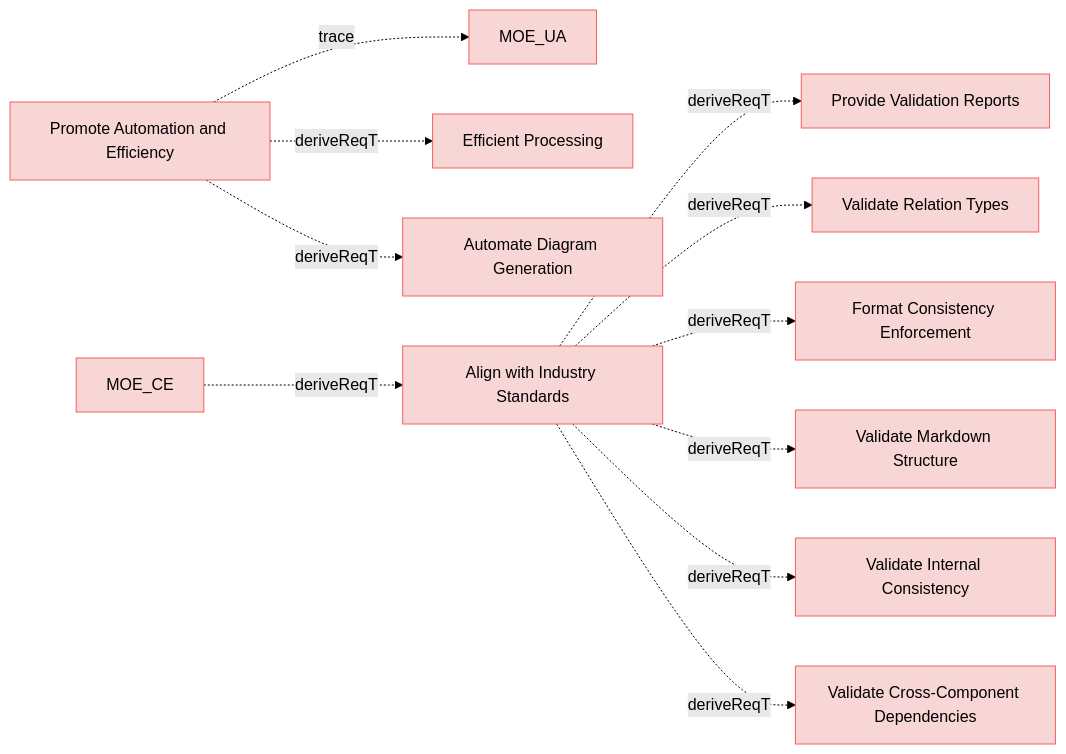
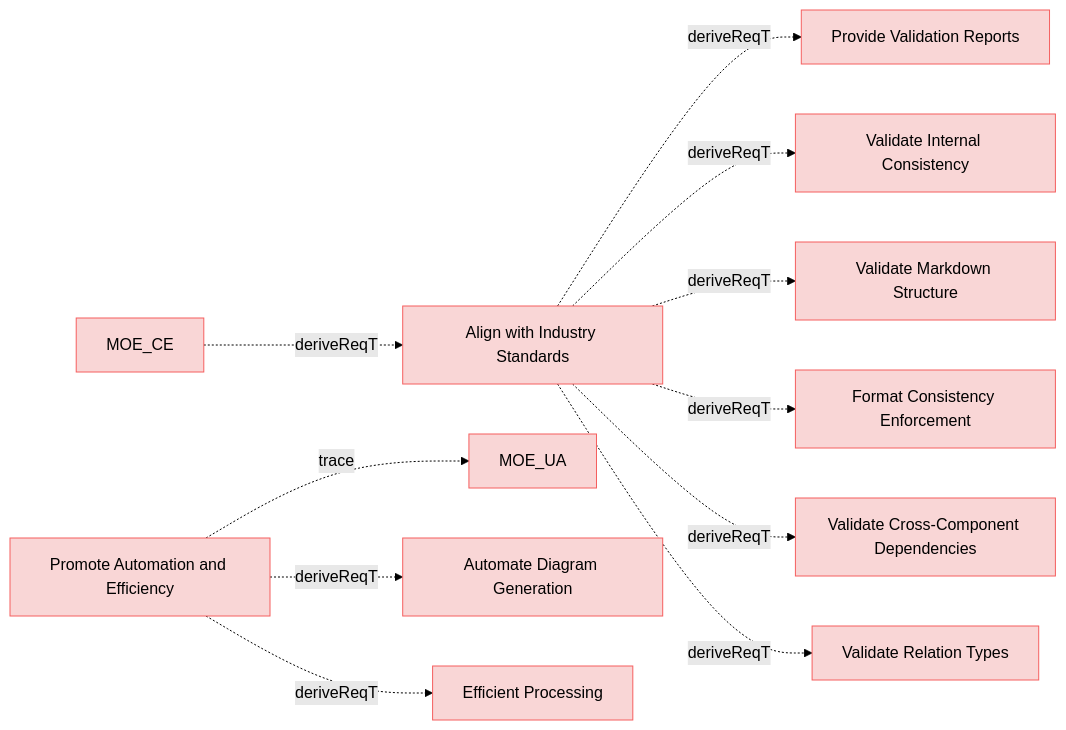
The diagram in specifications/MissionRequirements.md (reqvire-org/reqvire), drawn with Mermaid (forest theme) before and after one commit. The commit also changed other lines of this file and 31 other files, not shown here.

````diff
--- a/specifications/MissionRequirements.md
+++ b/specifications/MissionRequirements.md
@@ -5,56 +5,56 @@
 ```mermaid
 graph LR;
   %% REQVIRE-AUTOGENERATED-DIAGRAM
   %% Graph styling
   classDef requirement fill:#f9d6d6,stroke:#f55f5f,stroke-width:1px;
   classDef verification fill:#d6f9d6,stroke:#5fd75f,stroke-width:1px;
   classDef externalLink fill:#d0e0ff,stroke:#3080ff,stroke-width:1px;
   classDef default fill:#f5f5f5,stroke:#333333,stroke-width:1px;
 
+  b74eec7ed767e7c["Align with Industry Standards"];
+  class b74eec7ed767e7c requirement;
+  click b74eec7ed767e7c "MissionRequirements.md#align-with-industry-standards";
+  ed31b6bed1cde2f8["Provide Validation Reports"];
+  class ed31b6bed1cde2f8 requirement;
+  click ed31b6bed1cde2f8 "UserRequirements.md#provide-validation-reports";
+  b74eec7ed767e7c -.->|deriveReqT| ed31b6bed1cde2f8;
+  c50887ce89be280a["Validate Internal Consistency"];
+  class c50887ce89be280a requirement;
+  click c50887ce89be280a "UserRequirements.md#validate-internal-consistency";
+  b74eec7ed767e7c -.->|deriveReqT| c50887ce89be280a;
+  586b073cd97908da["Validate Markdown Structure"];
+  class 586b073cd97908da requirement;
+  click 586b073cd97908da "UserRequirements.md#validate-markdown-structure";
+  b74eec7ed767e7c -.->|deriveReqT| 586b073cd97908da;
+  974ccf933675ef44["Format Consistency Enforcement"];
+  class 974ccf933675ef44 requirement;
+  click 974ccf933675ef44 "UserRequirements.md#format-consistency-enforcement";
+  b74eec7ed767e7c -.->|deriveReqT| 974ccf933675ef44;
+  3bd9d29239564eeb["Validate Cross-Component Dependencies"];
+  class 3bd9d29239564eeb requirement;
+  click 3bd9d29239564eeb "UserRequirements.md#validate-cross-component-dependencies";
+  b74eec7ed767e7c -.->|deriveReqT| 3bd9d29239564eeb;
+  f25cbfbca6d6d92e["Validate Relation Types"];
+  class f25cbfbca6d6d92e requirement;
+  click f25cbfbca6d6d92e "UserRequirements.md#validate-relation-types";
+  b74eec7ed767e7c -.->|deriveReqT| f25cbfbca6d6d92e;
   80166c5161b33956["Promote Automation and Efficiency"];
   class 80166c5161b33956 requirement;
   click 80166c5161b33956 "MissionRequirements.md#promote-automation-and-efficiency";
   2c5f30f14e792200["MOE_UA"];
   class 2c5f30f14e792200 requirement;
   click 2c5f30f14e792200 "MOEs.md#moe_ua";
   80166c5161b33956 -.->|trace| 2c5f30f14e792200;
+  98a581084d5542fa["Automate Diagram Generation"];
+  class 98a581084d5542fa requirement;
+  click 98a581084d5542fa "UserRequirements.md#automate-diagram-generation";
+  80166c5161b33956 -.->|deriveReqT| 98a581084d5542fa;
   d193d11c43776bec["Efficient Processing"];
   class d193d11c43776bec requirement;
   click d193d11c43776bec "ManagingMbseModelsRequirements.md#efficient-processing";
   80166c5161b33956 -.->|deriveReqT| d193d11c43776bec;
-  98a581084d5542fa["Automate Diagram Generation"];
-  class 98a581084d5542fa requirement;
-  click 98a581084d5542fa "UserRequirements.md#automate-diagram-generation";
-  80166c5161b33956 -.->|deriveReqT| 98a581084d5542fa;
-  b74eec7ed767e7c["Align with Industry Standards"];
-  class b74eec7ed767e7c requirement;
-  click b74eec7ed767e7c "MissionRequirements.md#align-with-industry-standards";
-  ed31b6bed1cde2f8["Provide Validation Reports"];
-  class ed31b6bed1cde2f8 requirement;
-  click ed31b6bed1cde2f8 "UserRequirements.md#provide-validation-reports";
-  b74eec7ed767e7c -.->|deriveReqT| ed31b6bed1cde2f8;
-  f25cbfbca6d6d92e["Validate Relation Types"];
-  class f25cbfbca6d6d92e requirement;
-  click f25cbfbca6d6d92e "UserRequirements.md#validate-relation-types";
-  b74eec7ed767e7c -.->|deriveReqT| f25cbfbca6d6d92e;
-  974ccf933675ef44["Format Consistency Enforcement"];
-  class 974ccf933675ef44 requirement;
-  click 974ccf933675ef44 "UserRequirements.md#format-consistency-enforcement";
-  b74eec7ed767e7c -.->|deriveReqT| 974ccf933675ef44;
-  586b073cd97908da["Validate Markdown Structure"];
-  class 586b073cd97908da requirement;
-  click 586b073cd97908da "UserRequirements.md#validate-markdown-structure";
-  b74eec7ed767e7c -.->|deriveReqT| 586b073cd97908da;
-  c50887ce89be280a["Validate Internal Consistency"];
-  class c50887ce89be280a requirement;
-  click c50887ce89be280a "UserRequirements.md#validate-internal-consistency";
-  b74eec7ed767e7c -.->|deriveReqT| c50887ce89be280a;
-  3bd9d29239564eeb["Validate Cross-Component Dependencies"];
-  class 3bd9d29239564eeb requirement;
-  click 3bd9d29239564eeb "UserRequirements.md#validate-cross-component-dependencies";
-  b74eec7ed767e7c -.->|deriveReqT| 3bd9d29239564eeb;
   e9ad540a6411a0fc["MOE_CE"];
   class e9ad540a6411a0fc requirement;
   click e9ad540a6411a0fc "MOEs.md#moe_ce";
   e9ad540a6411a0fc -.->|deriveReqT| b74eec7ed767e7c;
 ```
````
